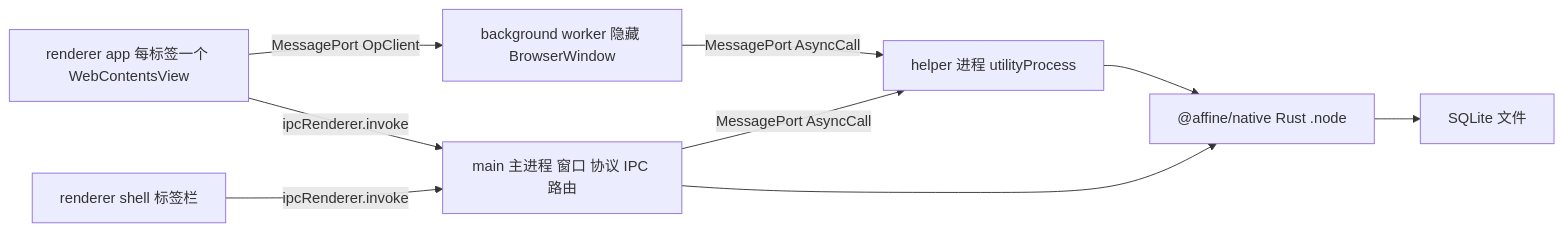
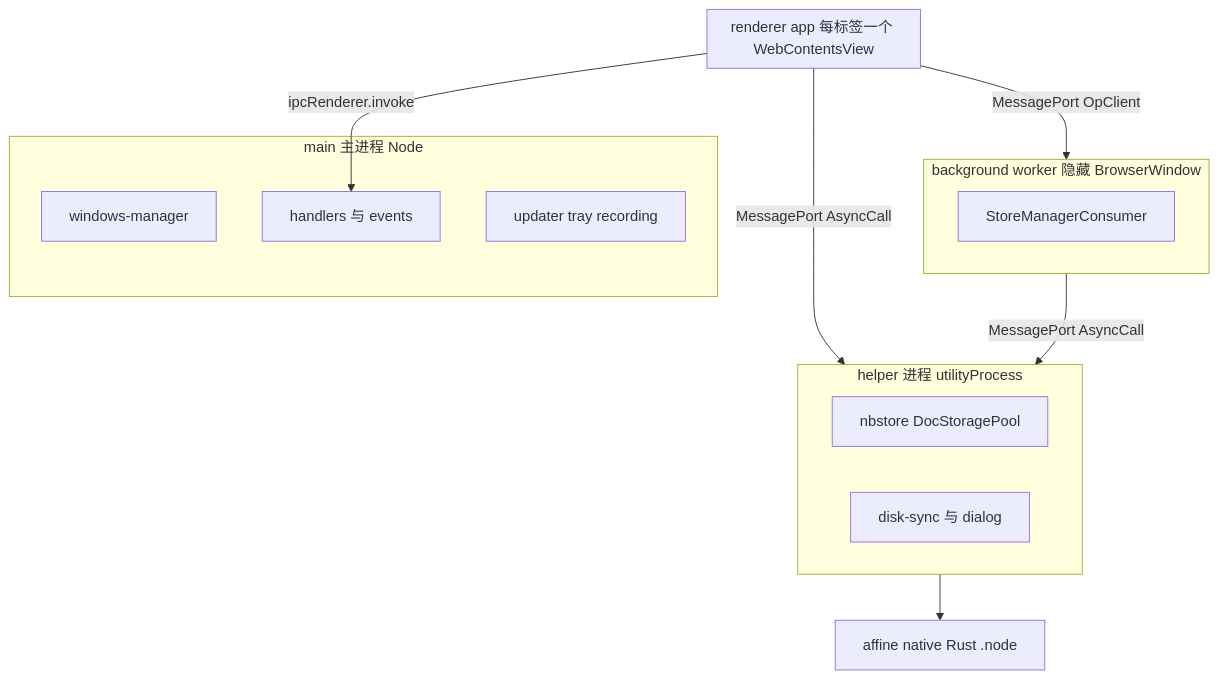
One commit to lfire/AFFiNE changed the second of 6 diagrams in learning-guide/slides/decks/20.md. Above: the diagram before and after it, drawn with Mermaid. The commit also changed other lines of this file and 46 other files, not shown here.

````diff
--- a/learning-guide/slides/decks/20.md
+++ b/learning-guide/slides/decks/20.md
@@ -116,11 +76,23 @@
 ```mermaid
-flowchart LR
-  App[renderer app 每标签一个 WebContentsView] -- ipcRenderer.invoke --> Main[main 主进程 窗口 协议 IPC 路由]
-  Shell[renderer shell 标签栏] -- ipcRenderer.invoke --> Main
-  App -- MessagePort OpClient --> BW[background worker 隐藏 BrowserWindow]
-  BW -- MessagePort AsyncCall --> Helper[helper 进程 utilityProcess]
-  Main -- MessagePort AsyncCall --> Helper
-  Helper --> Native["@affine/native Rust .node"]
-  Main --> Native
-  Native --> SQL[SQLite 文件]
+flowchart TB
+  subgraph Main["main 主进程 Node"]
+    M1["windows-manager"]
+    M3["handlers 与 events"]
+    M4["updater tray recording"]
+  end
+  subgraph Helper["helper 进程 utilityProcess"]
+    H1["nbstore DocStoragePool"]
+    H2["disk-sync 与 dialog"]
+  end
+  subgraph R2["renderer app 每标签一个 WebContentsView"]
+  end
+  subgraph R3["background worker 隐藏 BrowserWindow"]
+    W1["StoreManagerConsumer"]
+  end
+  N["affine native Rust .node"]
+  R2 -- "ipcRenderer.invoke" --> M3
+  R2 -- "MessagePort AsyncCall" --> Helper
+  R3 -- "MessagePort AsyncCall" --> Helper
+  R2 -- "MessagePort OpClient" --> R3
+  Helper --> N
 ```
````
